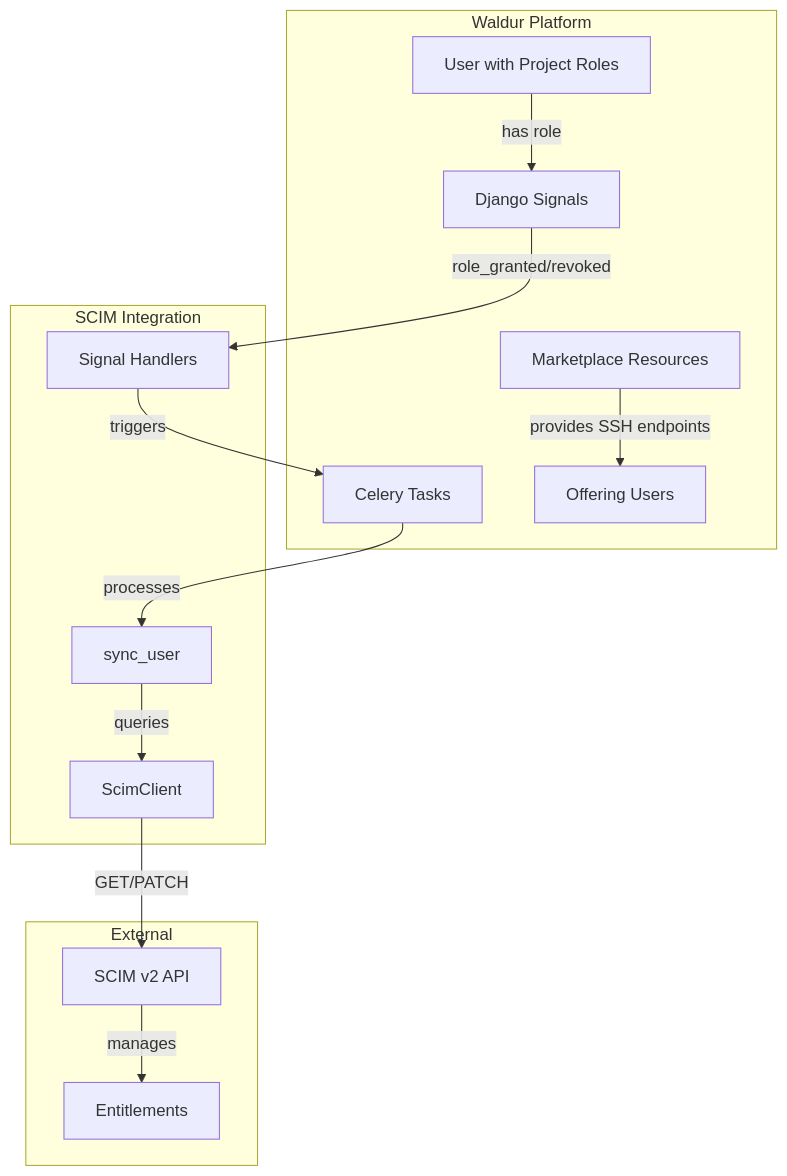
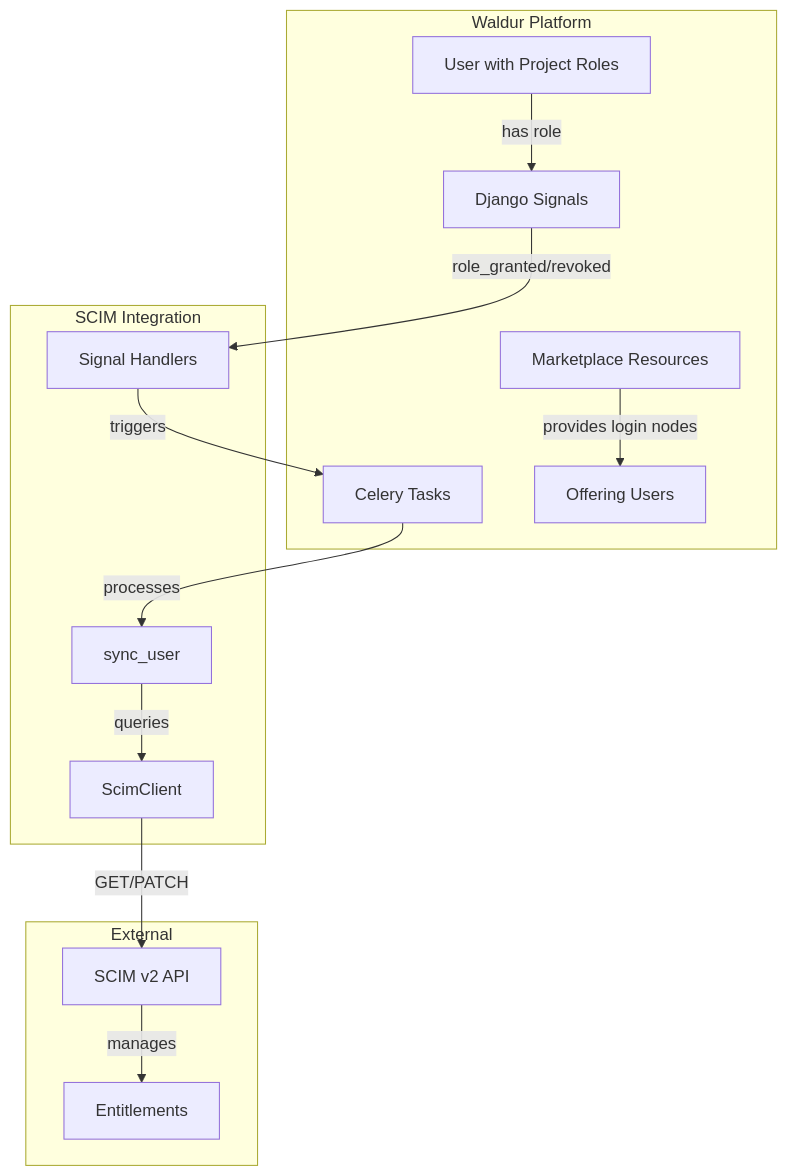
One commit to waldur/waldur-docs changed the diagram in docs/admin-guide/mastermind-configuration/scim-integration.md. Above: the diagram before and after it, drawn with Mermaid. The commit also changed other lines of this file and 42 other files, not shown here.

````diff
--- a/docs/admin-guide/mastermind-configuration/scim-integration.md
+++ b/docs/admin-guide/mastermind-configuration/scim-integration.md
@@ -30,30 +30,30 @@
 ```mermaid
 graph TB
     subgraph "Waldur Platform"
         USER[User with Project Roles]
         MP[Marketplace Resources]
         OU[Offering Users]
         SIG[Django Signals]
         TSK[Celery Tasks]
     end
 
     subgraph "SCIM Integration"
         CLIENT[ScimClient]
         SYNC[sync_user]
         HANDLER[Signal Handlers]
     end
 
     subgraph "External"
         SCIM[SCIM v2 API]
         ENT[Entitlements]
     end
 
     USER -->|has role| SIG
-    MP -->|provides SSH endpoints| OU
+    MP -->|provides login nodes| OU
     SIG -->|role_granted/revoked| HANDLER
     HANDLER -->|triggers| TSK
     TSK -->|processes| SYNC
     SYNC -->|queries| CLIENT
     CLIENT -->|GET/PATCH| SCIM
     SCIM -->|manages| ENT
 ```
````
